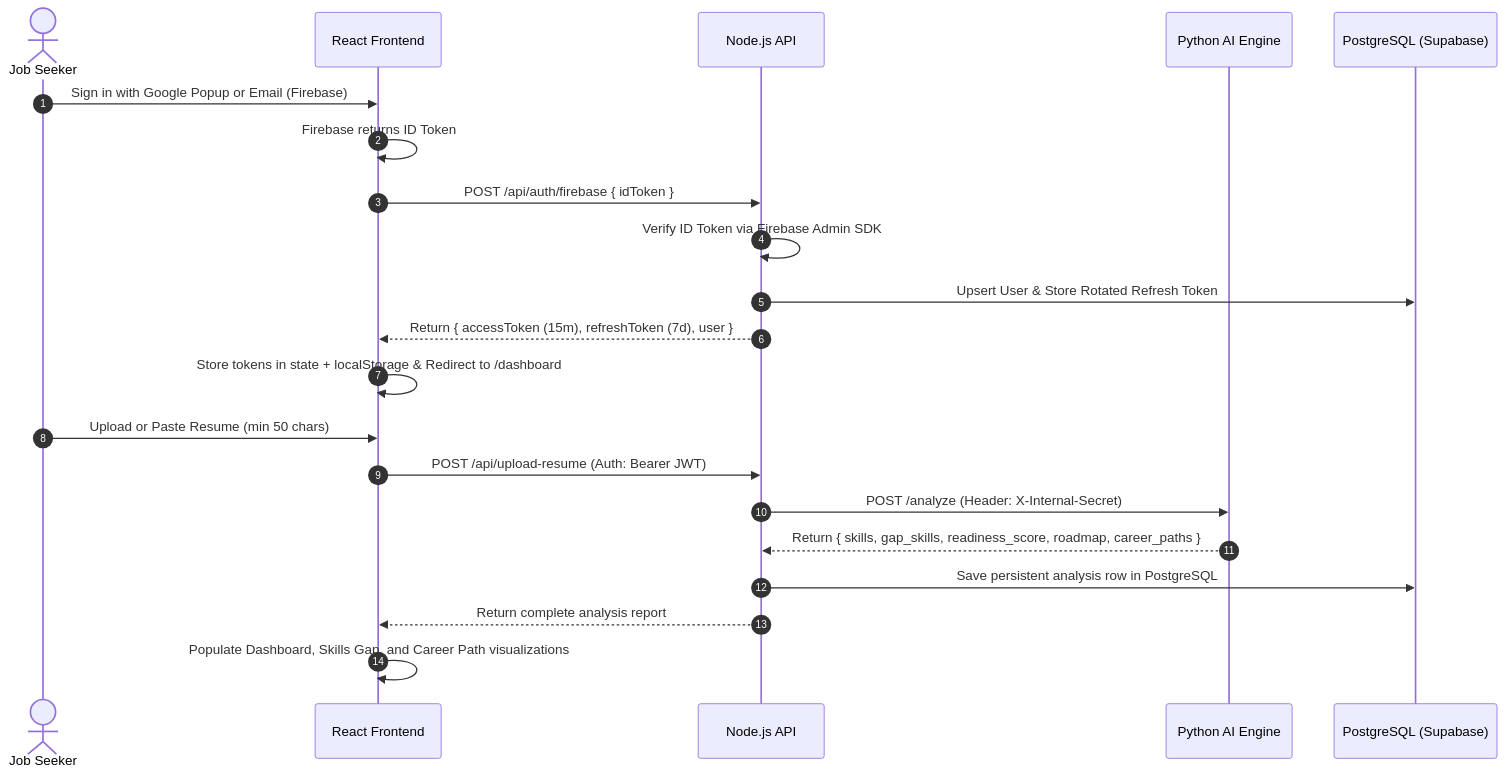
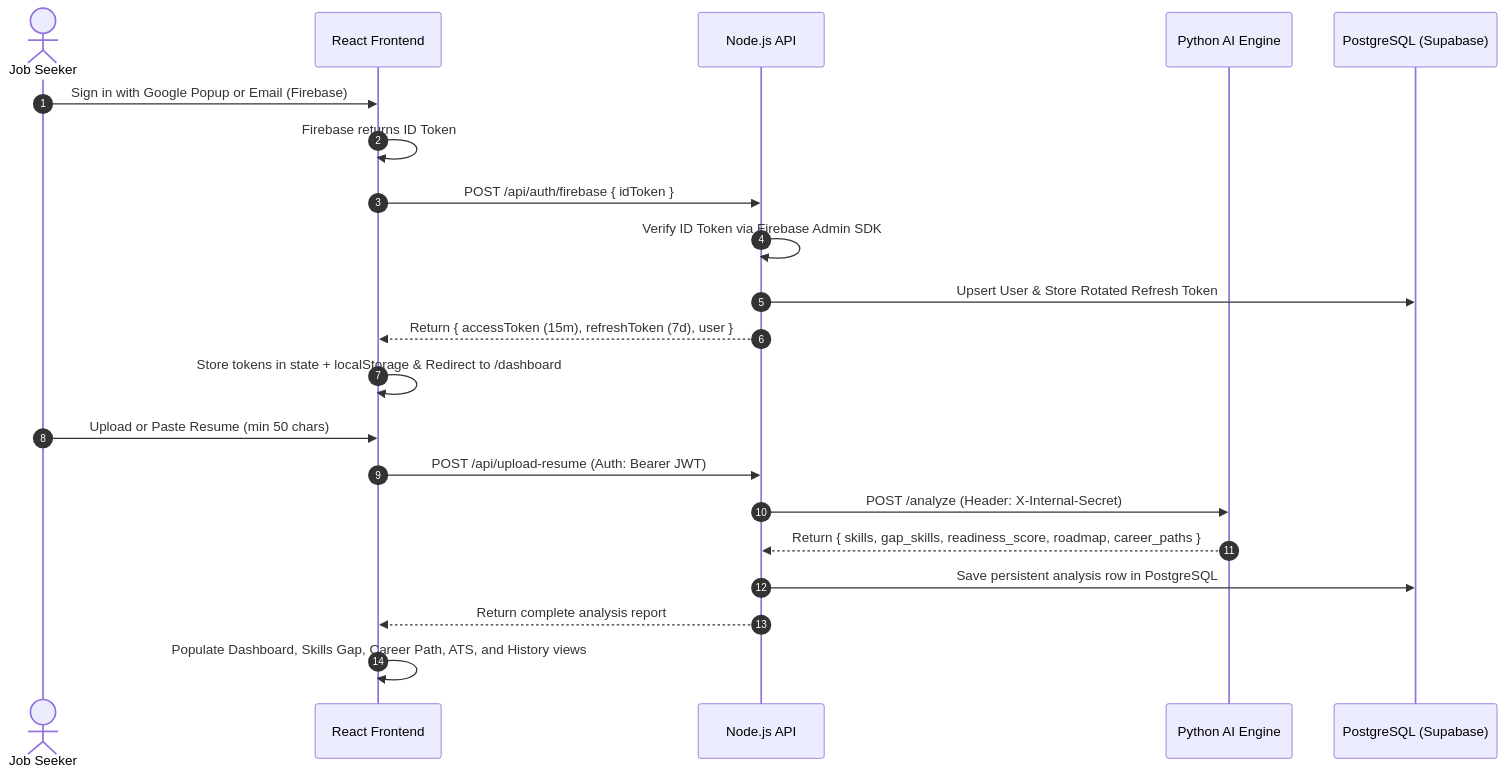
The third of 3 diagrams in README.md (kirtan597/Futrix-Ai), drawn with Mermaid before and after one commit. The commit also changed other lines of this file, not shown here.

Commit message:
docs: upgrade README with PostgreSQL Supabase architecture, ER diagrams, and visual flows

````diff
--- a/README.md
+++ b/README.md
@@ -104,27 +181,27 @@
 ```mermaid
 sequenceDiagram
     autonumber
     actor User as Job Seeker
     participant SPA as React Frontend
     participant API as Node.js API
     participant AI as Python AI Engine
     participant DB as PostgreSQL (Supabase)
 
-    %% Auth Flow
+    %% Authentication Flow
     User->>SPA: Sign in with Google Popup or Email (Firebase)
     SPA->>SPA: Firebase returns ID Token
     SPA->>API: POST /api/auth/firebase { idToken }
     API->>API: Verify ID Token via Firebase Admin SDK
     API->>DB: Upsert User & Store Rotated Refresh Token
     API-->>SPA: Return { accessToken (15m), refreshToken (7d), user }
     SPA->>SPA: Store tokens in state + localStorage & Redirect to /dashboard
 
     %% Resume Analysis Flow
     User->>SPA: Upload or Paste Resume (min 50 chars)
     SPA->>API: POST /api/upload-resume (Auth: Bearer JWT)
     API->>AI: POST /analyze (Header: X-Internal-Secret)
     AI-->>API: Return { skills, gap_skills, readiness_score, roadmap, career_paths }
     API->>DB: Save persistent analysis row in PostgreSQL
     API-->>SPA: Return complete analysis report
-    SPA->>SPA: Populate Dashboard, Skills Gap, and Career Path visualizations
+    SPA->>SPA: Populate Dashboard, Skills Gap, Career Path, ATS, and History views
 ```
````
